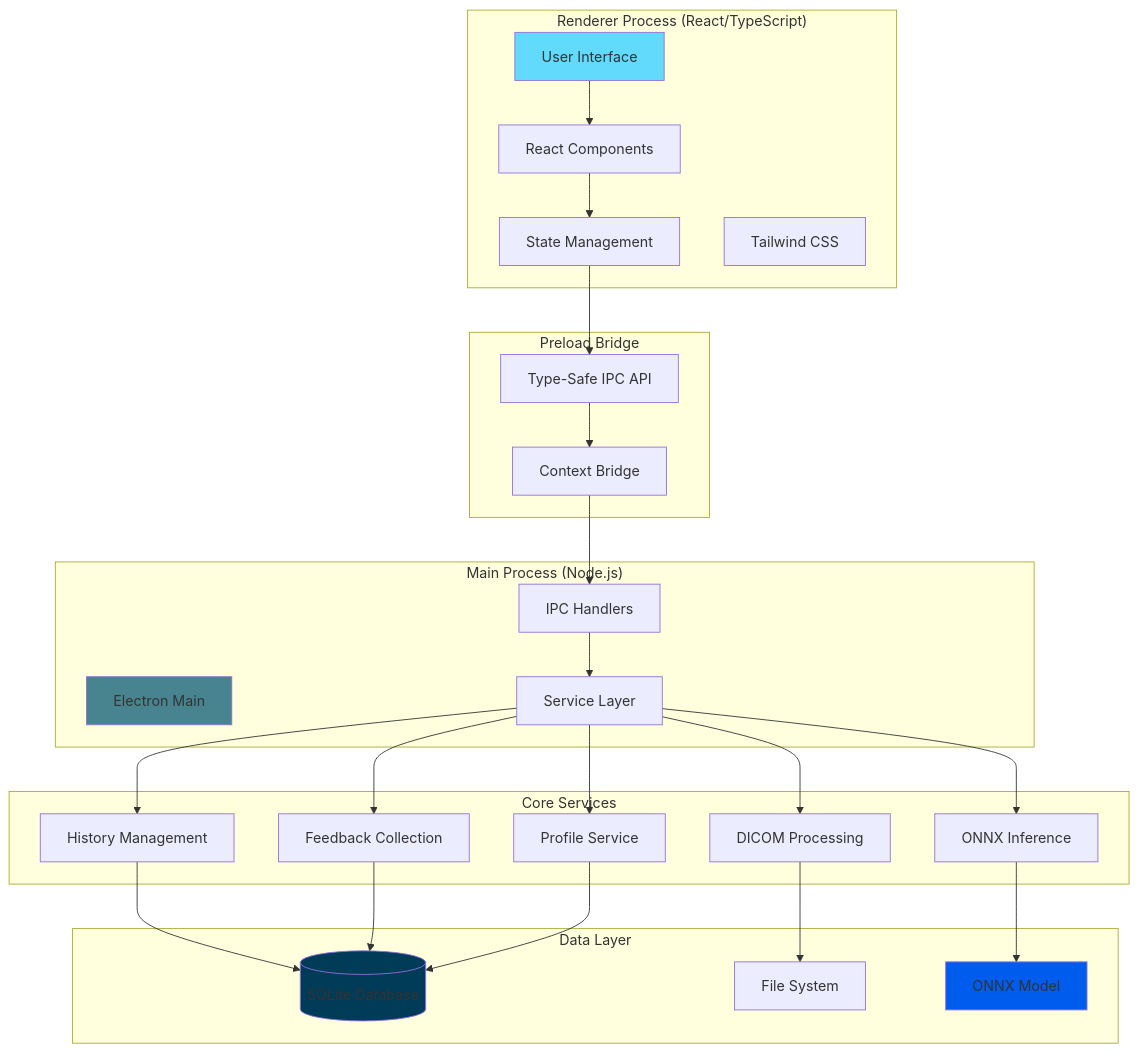
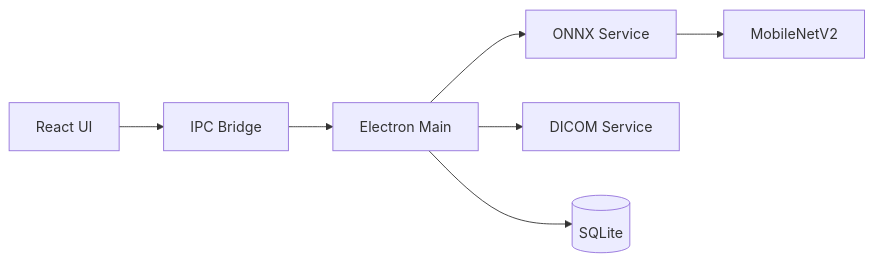
The diagram in README.md (NeoSockCheng/posicheck), drawn with Mermaid before and after one commit. The commit also changed other lines of this file and 12 other files, not shown here.

````diff
--- a/README.md
+++ b/README.md
@@ -81,56 +52,9 @@
 ```mermaid
-graph TB
-    subgraph "Renderer Process (React/TypeScript)"
-        A[User Interface]
-        B[React Components]
-        C[State Management]
-        D[Tailwind CSS]
-    end
-    
-    subgraph "Preload Bridge"
-        E[Context Bridge]
-        F[Type-Safe IPC API]
-    end
-    
-    subgraph "Main Process (Node.js)"
-        G[Electron Main]
-        H[IPC Handlers]
-        I[Service Layer]
-    end
-    
-    subgraph "Core Services"
-        J[ONNX Inference]
-        K[DICOM Processing]
-        L[History Management]
-        M[Feedback Collection]
-        N[Profile Service]
-    end
-    
-    subgraph "Data Layer"
-        O[(SQLite Database)]
-        P[File System]
-        Q[ONNX Model]
-    end
-    
-    A --> B
-    B --> C
-    C --> F
-    F --> E
-    E --> H
-    H --> I
-    I --> J
-    I --> K
-    I --> L
-    I --> M
-    I --> N
-    J --> Q
-    K --> P
-    L --> O
-    M --> O
-    N --> O
-    
-    style A fill:#61dafb
-    style G fill:#47848f
-    style Q fill:#005ced
-    style O fill:#003b57
+graph LR
+    A[React UI] --> B[IPC Bridge]
+    B --> C[Electron Main]
+    C --> D[ONNX Service]
+    C --> E[DICOM Service]
+    C --> F[(SQLite)]
+    D --> G[MobileNetV2]
 ```
````
